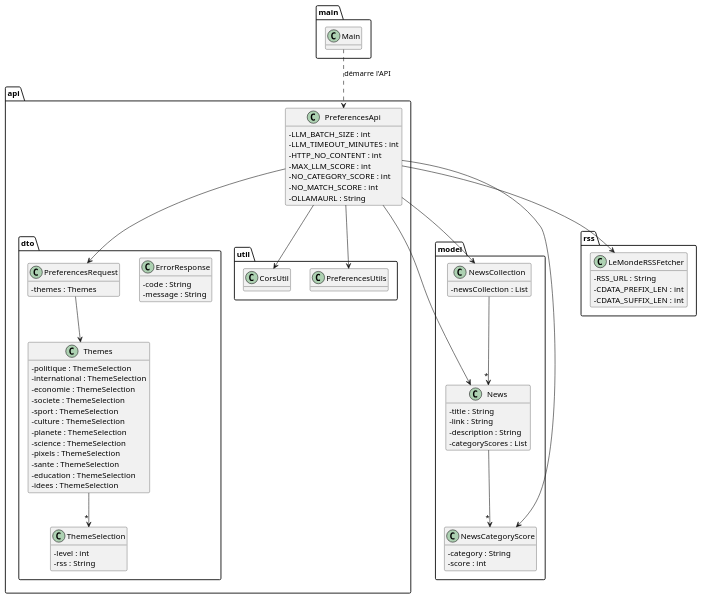
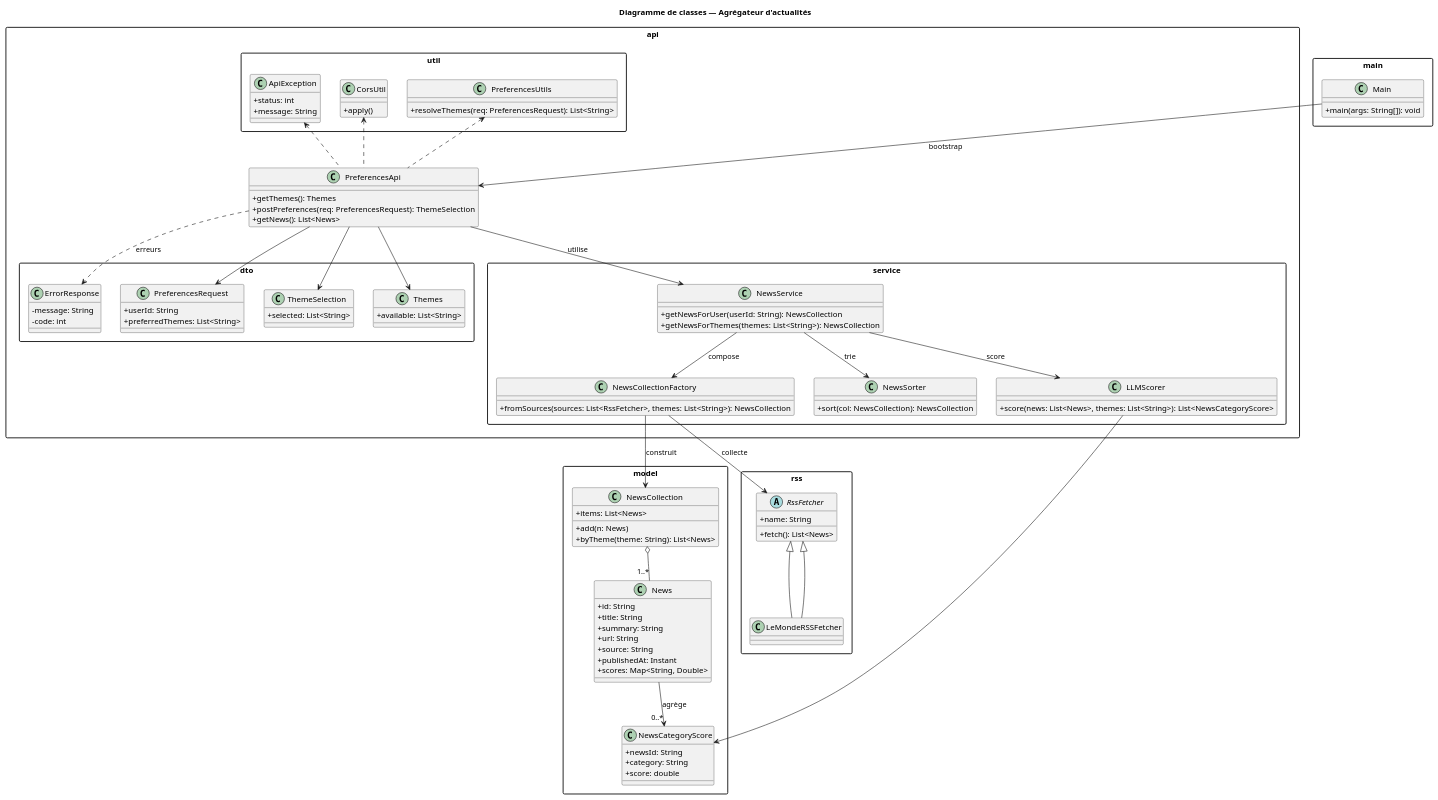
One commit to julesRumeau1/IA-RUMEAU-RESTOUEIX-ENJALBERT changed the diagram in src/docs/diagramme_de_classe.plantuml. Above: the diagram before and after it, drawn with PlantUML. The commit also changed 3 other files, not shown here.

Commit message:
Revamp du diagramme de classe & de séquence

```diff
--- a/src/docs/diagramme_de_classe.plantuml
+++ b/src/docs/diagramme_de_classe.plantuml
@@ -1,96 +1,123 @@
 @startuml
+title Diagramme de classes — Agrégateur d'actualités
+
+skinparam packageStyle rectangle
 skinparam classAttributeIconSize 0
-hide empty methods
 
-package api {
+package "api" {
   class PreferencesApi {
-    - LLM_BATCH_SIZE : int
-    - LLM_TIMEOUT_MINUTES : int
-    - HTTP_NO_CONTENT : int
-    - MAX_LLM_SCORE : int
-    - NO_CATEGORY_SCORE : int
-    - NO_MATCH_SCORE : int
-    - OLLAMAURL : String
+    +getThemes(): Themes
+    +postPreferences(req: PreferencesRequest): ThemeSelection
+    +getNews(): List<News>
+  }
+
+  package "api.dto" {
+    class ErrorResponse {
+      -message: String
+      -code: int
+    }
+    class PreferencesRequest {
+      +userId: String
+      +preferredThemes: List<String>
+    }
+    class ThemeSelection {
+      +selected: List<String>
+    }
+    class Themes {
+      +available: List<String>
+    }
+  }
+
+  package "api.service" {
+    class NewsService {
+      +getNewsForUser(userId: String): NewsCollection
+      +getNewsForThemes(themes: List<String>): NewsCollection
+    }
+    class NewsCollectionFactory {
+      +fromSources(sources: List<RssFetcher>, themes: List<String>): NewsCollection
+    }
+    class NewsSorter {
+      +sort(col: NewsCollection): NewsCollection
+    }
+    class LLMScorer {
+      +score(news: List<News>, themes: List<String>): List<NewsCategoryScore>
+    }
+  }
+
+  package "api.util" {
+    class ApiException {
+      +status: int
+      +message: String
+    }
+    class CorsUtil {
+      +apply()
+    }
+    class PreferencesUtils {
+      +resolveThemes(req: PreferencesRequest): List<String>
+    }
   }
 }
 
-package api.dto {
-  class ErrorResponse {
-    - code : String
-    - message : String
+package "model" {
+  class News {
+    +id: String
+    +title: String
+    +summary: String
+    +url: String
+    +source: String
+    +publishedAt: Instant
+    +scores: Map<String, Double>
   }
-
-  class PreferencesRequest {
-    - themes : Themes
+  class NewsCollection {
+    +items: List<News>
+    +add(n: News)
+    +byTheme(theme: String): List<News>
   }
-
-  class Themes {
-    - politique : ThemeSelection
-    - international : ThemeSelection
-    - economie : ThemeSelection
-    - societe : ThemeSelection
-    - sport : ThemeSelection
-    - culture : ThemeSelection
-    - planete : ThemeSelection
-    - science : ThemeSelection
-    - pixels : ThemeSelection
-    - sante : ThemeSelection
-    - education : ThemeSelection
-    - idees : ThemeSelection
-  }
-
-  class ThemeSelection {
-    - level : int
-    - rss : String
+  class NewsCategoryScore {
+    +newsId: String
+    +category: String
+    +score: double
   }
 }
 
-package api.util {
-  class CorsUtil { }
-  class PreferencesUtils { }
+package "rss" {
+  abstract class RssFetcher {
+    +name: String
+    +fetch(): List<News>
+  }
+  class LeMondeRSSFetcher extends RssFetcher
+  ' Ajoutez d'autres fetchers ici si besoin
 }
 
-package main {
-  class Main { }
-}
-
-package model {
-  class News {
-    - title : String
-    - link : String
-    - description : String
-    - categoryScores : List
-  }
-
-  class NewsCategoryScore {
-    - category : String
-    - score : int
-  }
-
-  class NewsCollection {
-    - newsCollection : List
+package "main" {
+  class Main {
+    +main(args: String[]): void
   }
 }
 
-package rss {
-  class LeMondeRSSFetcher {
-    - RSS_URL : String
-    - CDATA_PREFIX_LEN : int
-    - CDATA_SUFFIX_LEN : int
-  }
-}
+' Relations
+PreferencesApi --> NewsService : utilise
+PreferencesApi --> PreferencesRequest
+PreferencesApi --> ThemeSelection
+PreferencesApi --> Themes
+PreferencesApi ..> ErrorResponse : erreurs
 
-News --> "*" NewsCategoryScore
-NewsCollection --> "*" News
-PreferencesRequest --> Themes
-Themes --> "*" ThemeSelection
-PreferencesApi --> CorsUtil
-PreferencesApi --> PreferencesRequest
-PreferencesApi --> PreferencesUtils
-PreferencesApi --> NewsCollection
-PreferencesApi --> News
-PreferencesApi --> NewsCategoryScore
-PreferencesApi --> LeMondeRSSFetcher
-Main ..> PreferencesApi : démarre l'API
+NewsService --> NewsCollectionFactory : compose
+NewsService --> NewsSorter : trie
+NewsService --> LLMScorer : score
+NewsCollectionFactory --> RssFetcher : collecte
+NewsCollectionFactory --> NewsCollection : construit
+
+LLMScorer --> NewsCategoryScore
+NewsCollection o-- "1..*" News
+News --> "0..*" NewsCategoryScore : agrège
+
+Main --> PreferencesApi : bootstrap
+
+RssFetcher <|-- LeMondeRSSFetcher
+
+ApiException <.. PreferencesApi
+CorsUtil <.. PreferencesApi
+PreferencesUtils <.. PreferencesApi
 
 @enduml
```
